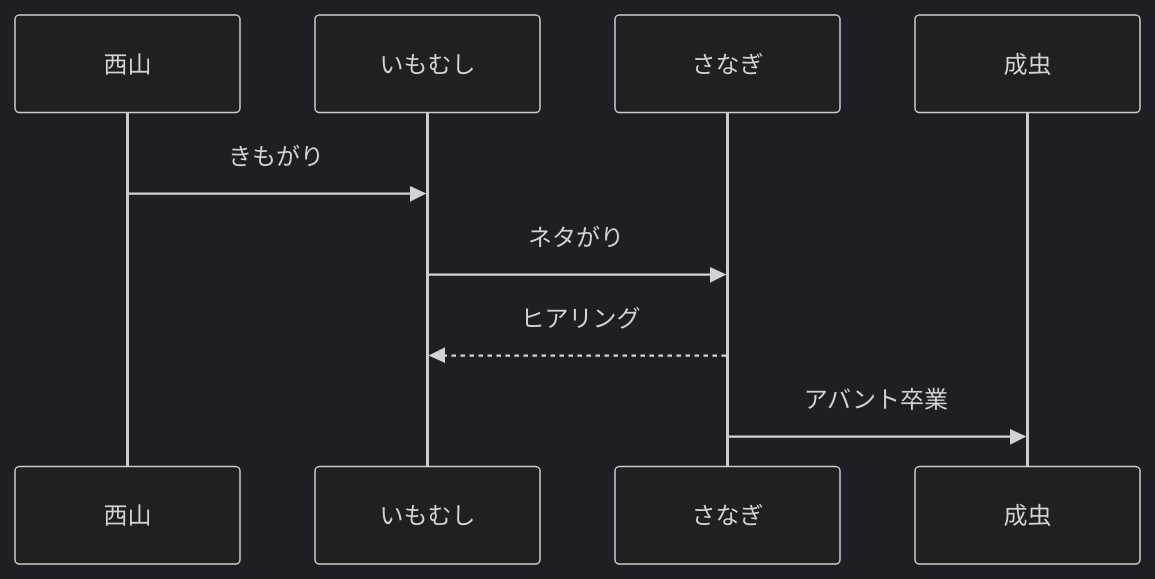
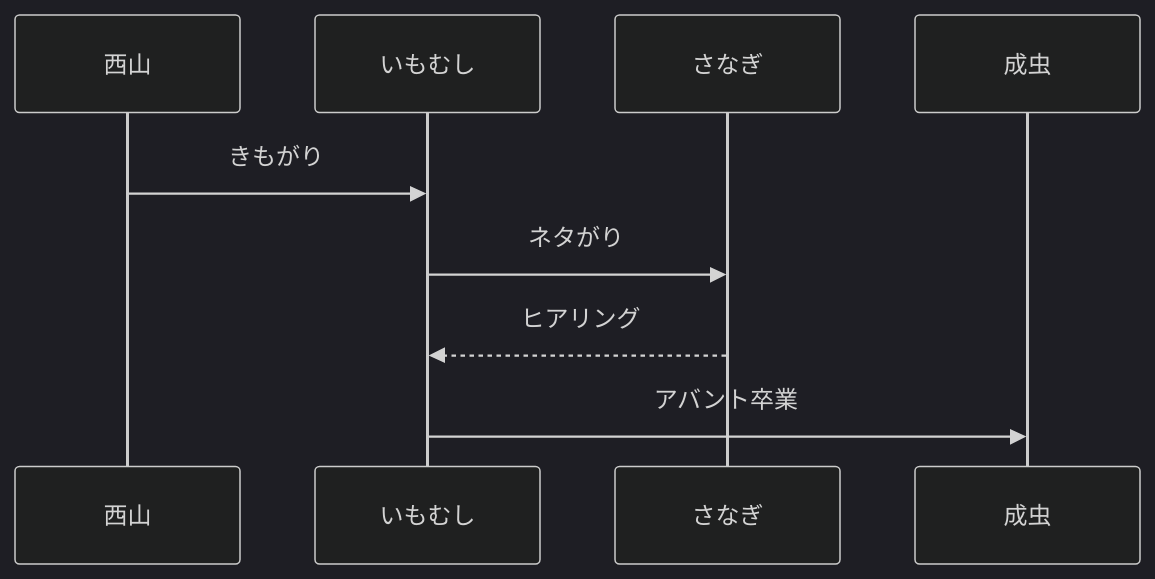
The second of 2 diagrams in 詳細設計/担当B_村田/西山.md (Aoi-Yaegashi/teamF), drawn with Mermaid (dark theme) before and after one commit. The commit also changed 3 other files, not shown here.

```diff
--- a/詳細設計/担当B_村田/西山.md
+++ b/詳細設計/担当B_村田/西山.md
@@ -23,8 +23,8 @@
 <div class="mermaid">
 sequenceDiagram
 
    西山 ->>いもむし: きもがり
    いもむし ->>さなぎ: ネタがり
    さなぎ -->> いもむし: ヒアリング
-   さなぎ ->> 成虫: アバント卒業
+   いもむし ->> 成虫: アバント卒業
 </div>
```
